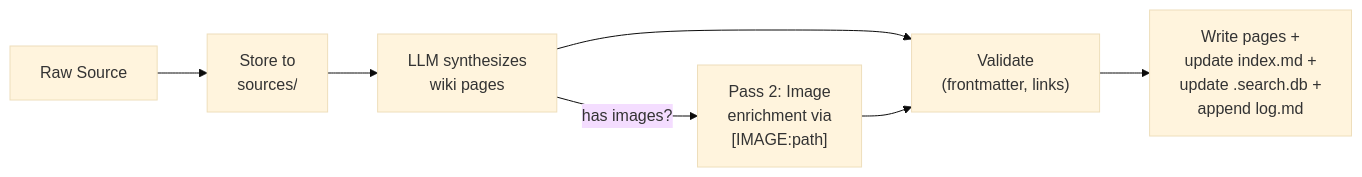
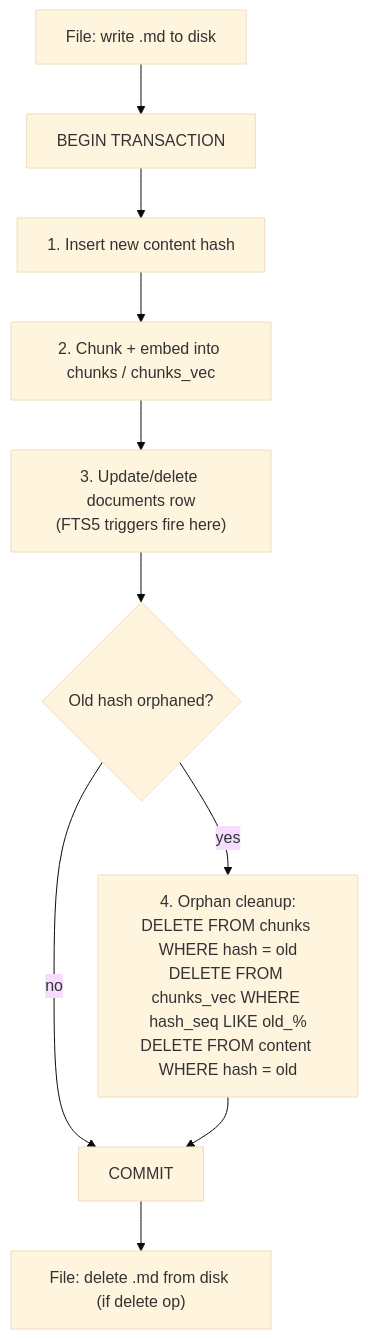
Before and after one commit to xiongzubiao/memex: the third of 8 diagrams in docs/superpowers/specs/2026-04-07-memex-design.md, drawn with Mermaid (base theme). The commit also changed other lines of this file and 105 other files, not shown here.

First line of the commit message:
feat: plugin architecture for personal wiki engine with vector search

````diff
--- a/docs/superpowers/specs/2026-04-07-memex-design.md
+++ b/docs/superpowers/specs/2026-04-07-memex-design.md
@@ -600,9 +263,15 @@
 ```mermaid
-graph LR
-    SRC["Raw Source"] --> STORE["Store to<br/>sources/"]
-    STORE --> SYNTH["LLM synthesizes<br/>wiki pages"]
-    SYNTH --> VAL["Validate<br/>(frontmatter, links)"]
-    VAL --> WRITE["Write pages +<br/>update index.md +<br/>update .search.db +<br/>append log.md"]
-    SYNTH -->|"has images?"| IMG["Pass 2: Image<br/>enrichment via<br/>[IMAGE:path]"]
-    IMG --> VAL
+graph TD
+    File["File: write .md to disk"]
+    File --> Begin["BEGIN TRANSACTION"]
+
+    Begin --> S1["1. Insert new content hash"]
+    S1 --> S2["2. Chunk + embed into chunks / chunks_vec"]
+    S2 --> S3["3. Update/delete documents row<br/>(FTS5 triggers fire here)"]
+    S3 --> S4{"Old hash orphaned?"}
+    S4 -->|yes| S5["4. Orphan cleanup:<br/>DELETE FROM chunks WHERE hash = old<br/>DELETE FROM chunks_vec WHERE hash_seq LIKE old_%<br/>DELETE FROM content WHERE hash = old"]
+    S4 -->|no| Commit
+    S5 --> Commit["COMMIT"]
+
+    Commit --> Del["File: delete .md from disk (if delete op)"]
 ```
````
